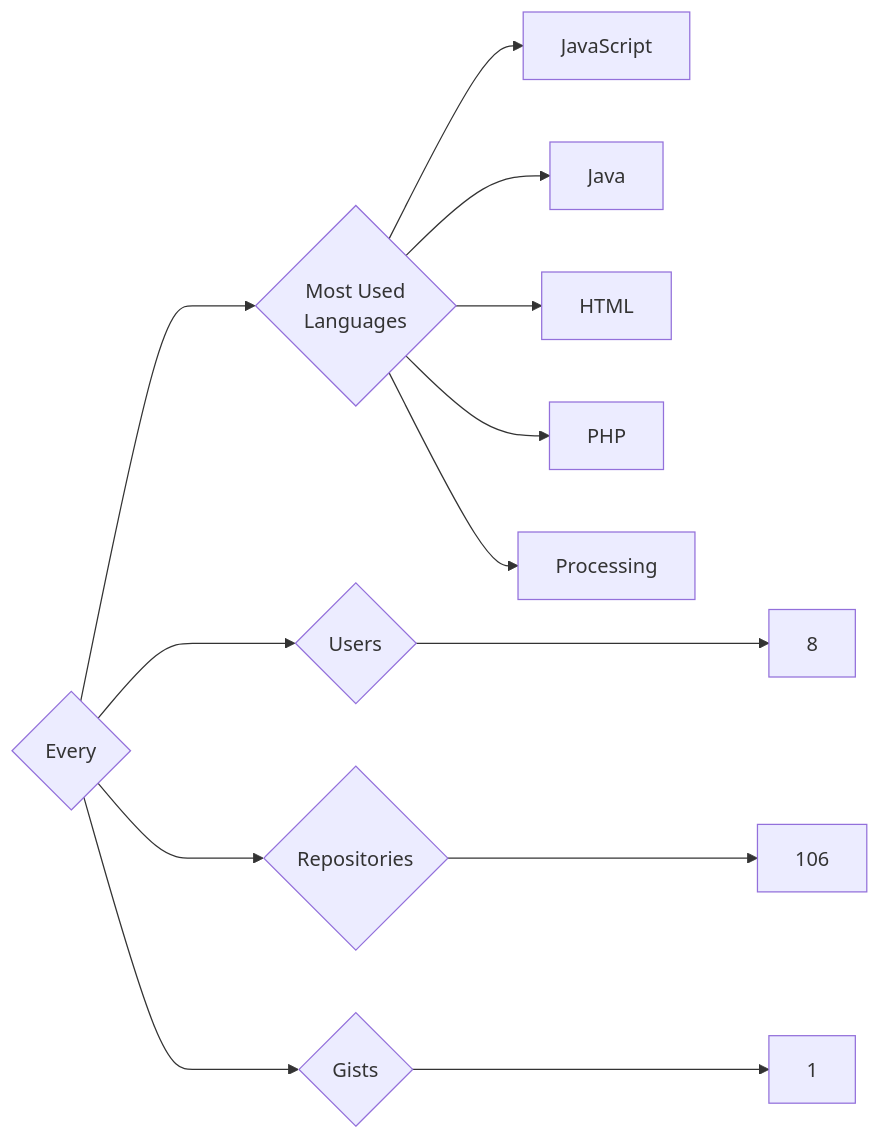
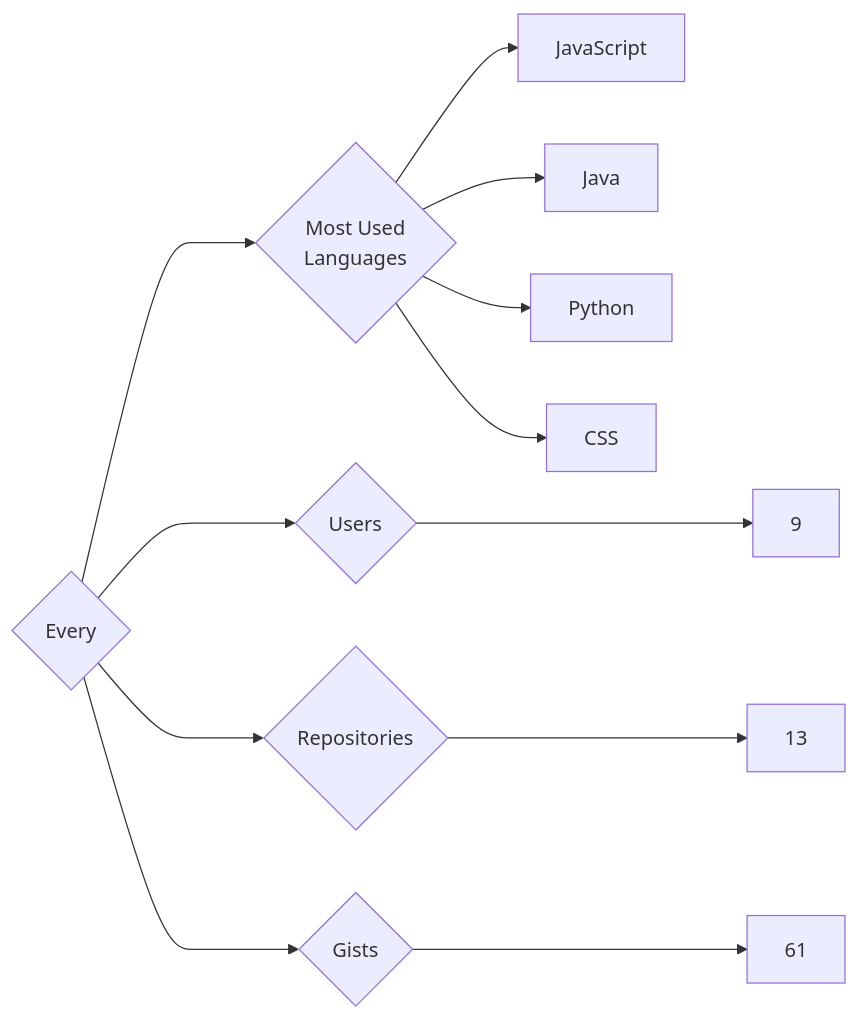
One commit to trickest/insiders changed the diagram in targets/Every/README.md. Above: the diagram before and after it, drawn with Mermaid. The commit also changed 873 other files, not shown here.

````diff
--- a/targets/Every/README.md
+++ b/targets/Every/README.md
@@ -3,13 +3,12 @@
 ```mermaid
 graph LR
 COMPANY_NAME{Every}
-COMPANY_NAME ---> U{Users} ---> UN[8]
-COMPANY_NAME ---> R{Repositories} ---> RN[106]
-COMPANY_NAME ---> G{Gists} ---> GN[1]
+COMPANY_NAME ---> U{Users} ---> UN[9]
+COMPANY_NAME ---> R{Repositories} ---> RN[13]
+COMPANY_NAME ---> G{Gists} ---> GN[61]
 COMPANY_NAME ---> ML{Most Used<br>Languages}
 ML --> JavaScript[JavaScript]
 ML --> Java[Java]
-ML --> HTML[HTML]
-ML --> PHP[PHP]
-ML --> Processing[Processing]
+ML --> Python[Python]
+ML --> CSS[CSS]
 ```
````
